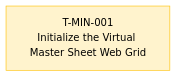
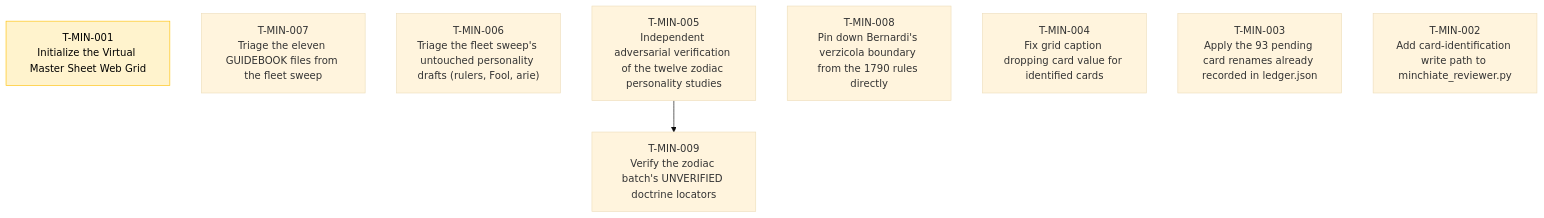
The diagram in TASKS.md (wgmilleriii/task_coordinator), drawn with Mermaid (base theme) before and after one commit. The commit also changed other lines of this file and 5 other files, not shown here.

First line of the commit message:
scout: five OPEN tasks for the minchiate lane (T-MIN-005..009)

````diff
--- a/TASKS.md
+++ b/TASKS.md
@@ -7,8 +7,17 @@
 ```mermaid
 graph TD
     classDef done fill:#d4edda,stroke:#28a745,color:#000;
     classDef blocked fill:#f8d7da,stroke:#dc3545,color:#000;
     classDef review fill:#fff3cd,stroke:#ffc107,color:#000;
     classDef active fill:#cce5ff,stroke:#007bff,color:#000;
     T-MIN-001["T-MIN-001<br/>Initialize the Virtual Master Sheet Web Grid"]:::review
+    T-MIN-007["T-MIN-007<br/>Triage the eleven GUIDEBOOK files from the fleet sweep"]
+    T-MIN-006["T-MIN-006<br/>Triage the fleet sweep's untouched personality drafts (rulers, Fool, arie)"]
+    T-MIN-005["T-MIN-005<br/>Independent adversarial verification of the twelve zodiac personality studies"]
+    T-MIN-009["T-MIN-009<br/>Verify the zodiac batch's UNVERIFIED doctrine locators"]
+    T-MIN-005 --> T-MIN-009
+    T-MIN-008["T-MIN-008<br/>Pin down Bernardi's verzicola boundary from the 1790 rules directly"]
+    T-MIN-004["T-MIN-004<br/>Fix grid caption dropping card value for identified cards"]
+    T-MIN-003["T-MIN-003<br/>Apply the 93 pending card renames already recorded in ledger.json"]
+    T-MIN-002["T-MIN-002<br/>Add card-identification write path to minchiate_reviewer.py"]
 ```
````
